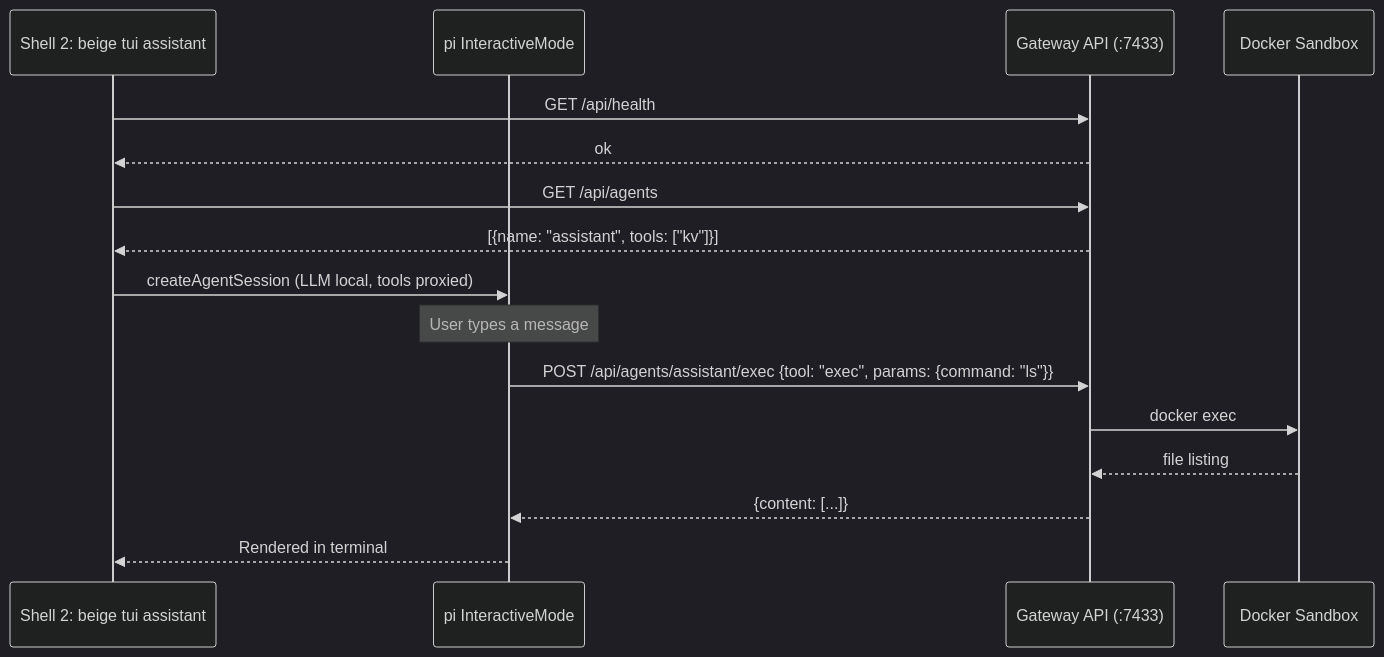
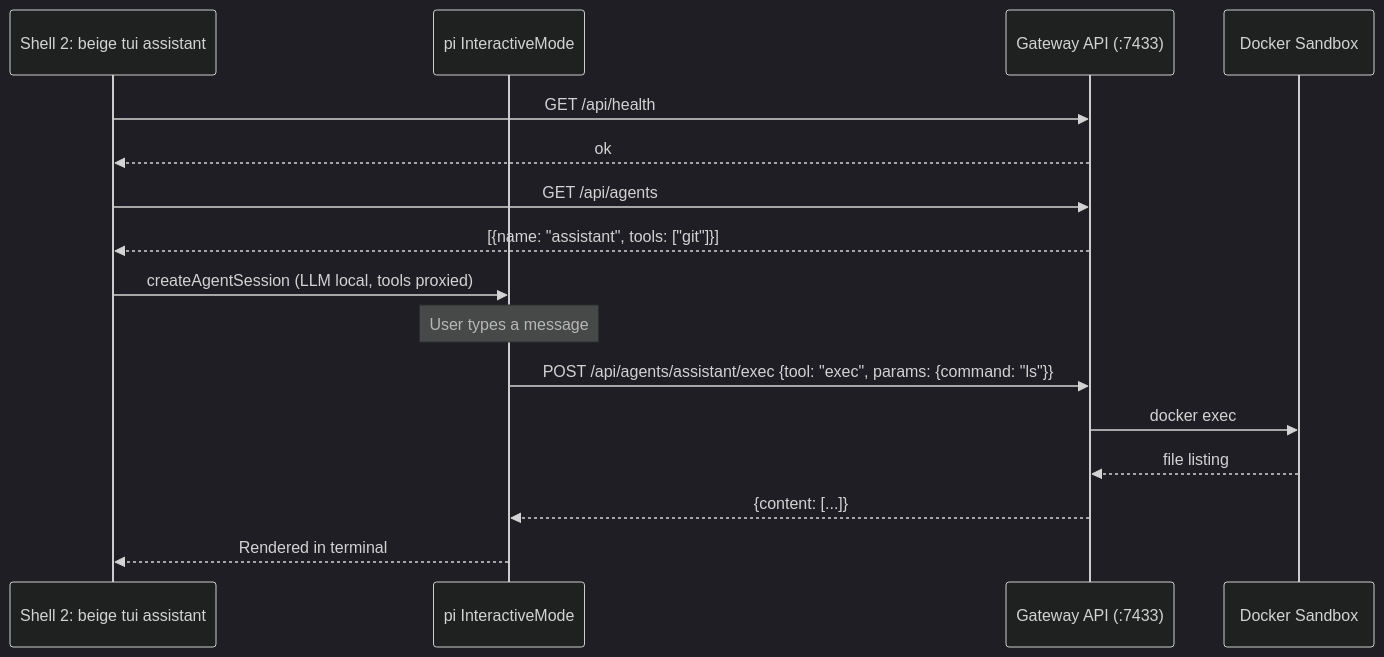
The sixth of 7 diagrams in docs/gateway/system-overview.mdx (matthias-hausberger/beige), drawn with Mermaid (dark theme) before and after one commit. The commit also changed other lines of this file and 26 other files, not shown here.

````diff
--- a/docs/gateway/system-overview.mdx
+++ b/docs/gateway/system-overview.mdx
@@ -195,24 +195,24 @@
 ```mermaid
 sequenceDiagram
     participant CLI2 as Shell 2: beige tui assistant
     participant TUI as pi InteractiveMode
     participant API as Gateway API (:7433)
     participant SB as Docker Sandbox
 
     CLI2->>API: GET /api/health
     API-->>CLI2: ok
 
     CLI2->>API: GET /api/agents
-    API-->>CLI2: [{name: "assistant", tools: ["kv"]}]
+    API-->>CLI2: [{name: "assistant", tools: ["git"]}]
 
     CLI2->>TUI: createAgentSession (LLM local, tools proxied)
 
     Note over TUI: User types a message
 
     TUI->>API: POST /api/agents/assistant/exec {tool: "exec", params: {command: "ls"}}
     API->>SB: docker exec
     SB-->>API: file listing
     API-->>TUI: {content: [...]}
 
     TUI-->>CLI2: Rendered in terminal
 ```
````
